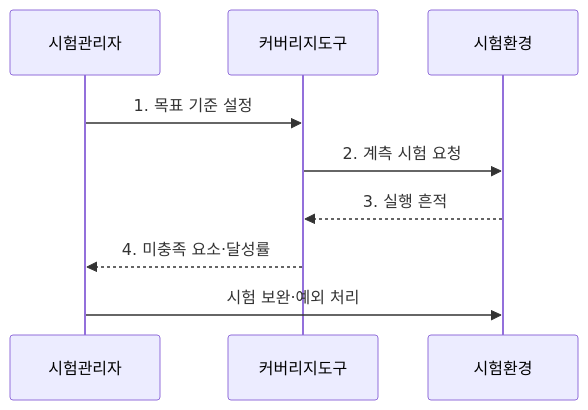
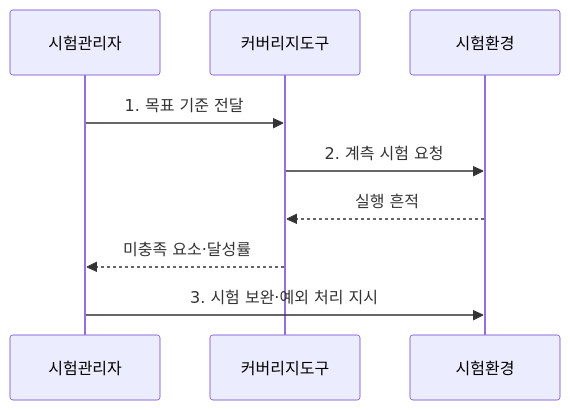
The second of 2 diagrams in src/content/docs/notes/06-evaluation/033_test_coverage.md (agnusdei1207/knowledge-base), drawn with Mermaid before and after one commit. The commit also changed other lines of this file and 20 other files, not shown here.

````diff
--- a/src/content/docs/notes/06-evaluation/033_test_coverage.md
+++ b/src/content/docs/notes/06-evaluation/033_test_coverage.md
@@ -81,11 +81,11 @@
 ```mermaid
 sequenceDiagram
     participant M as 시험관리자
     participant T as 커버리지도구
     participant S as 시험환경
-    M->>T: 1. 목표 기준 설정
+    M->>T: 1. 목표 기준 전달
     T->>S: 2. 계측 시험 요청
-    S-->>T: 3. 실행 흔적
-    T-->>M: 4. 미충족 요소·달성률
-    M->>S: 시험 보완·예외 처리
+    S-->>T: 실행 흔적
+    T-->>M: 미충족 요소·달성률
+    M->>S: 3. 시험 보완·예외 처리 지시
 ```
````
